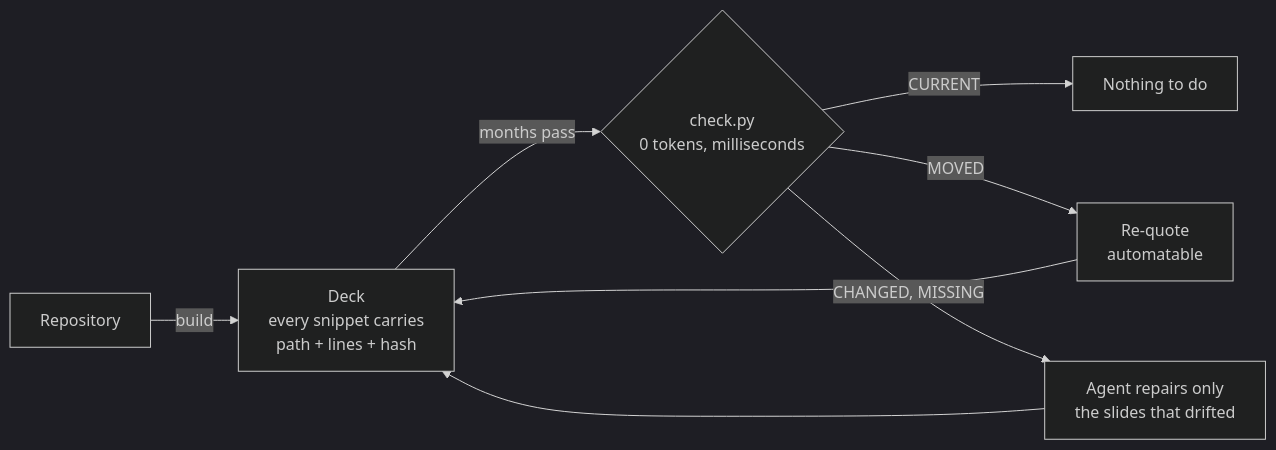
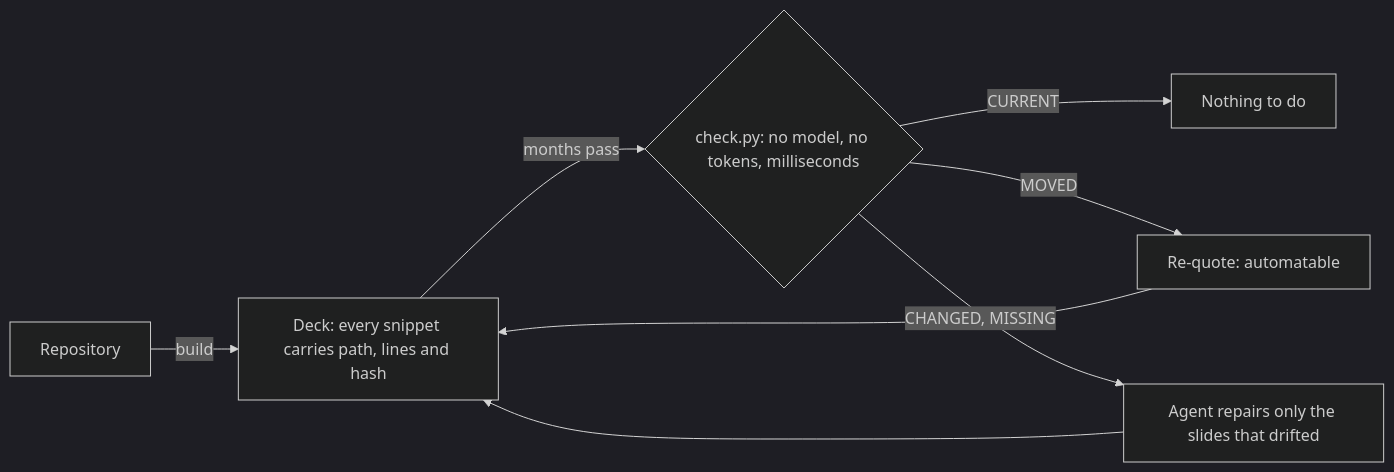
One commit to glukicov/slideops changed the diagram in docs/freshness.md. Above: the diagram before and after it, drawn with Mermaid (dark theme).

Commit message:
Drop all HTML from the mermaid labels
GitHub renders mermaid with HTML labels disabled, so <br> is a parse
error, not a line break, and the whole diagram fell back to 'Unable to
render rich display'. Single-line labels have no markup to reject.

````diff
--- a/docs/freshness.md
+++ b/docs/freshness.md
@@ -13,10 +13,10 @@
 ```mermaid
 flowchart LR
-    A["Repository"] -->|build| B["Deck<br>every snippet carries<br>path + lines + hash"]
-    B -->|months pass| C{"check.py<br>0 tokens, milliseconds"}
+    A["Repository"] -->|build| B["Deck: every snippet carries path, lines and hash"]
+    B -->|months pass| C{"check.py: no model, no tokens, milliseconds"}
     C -->|CURRENT| D["Nothing to do"]
-    C -->|MOVED| E["Re-quote<br>automatable"]
-    C -->|"CHANGED, MISSING"| F["Agent repairs only<br>the slides that drifted"]
+    C -->|MOVED| E["Re-quote: automatable"]
+    C -->|"CHANGED, MISSING"| F["Agent repairs only the slides that drifted"]
     E --> B
     F --> B
 ```
````
